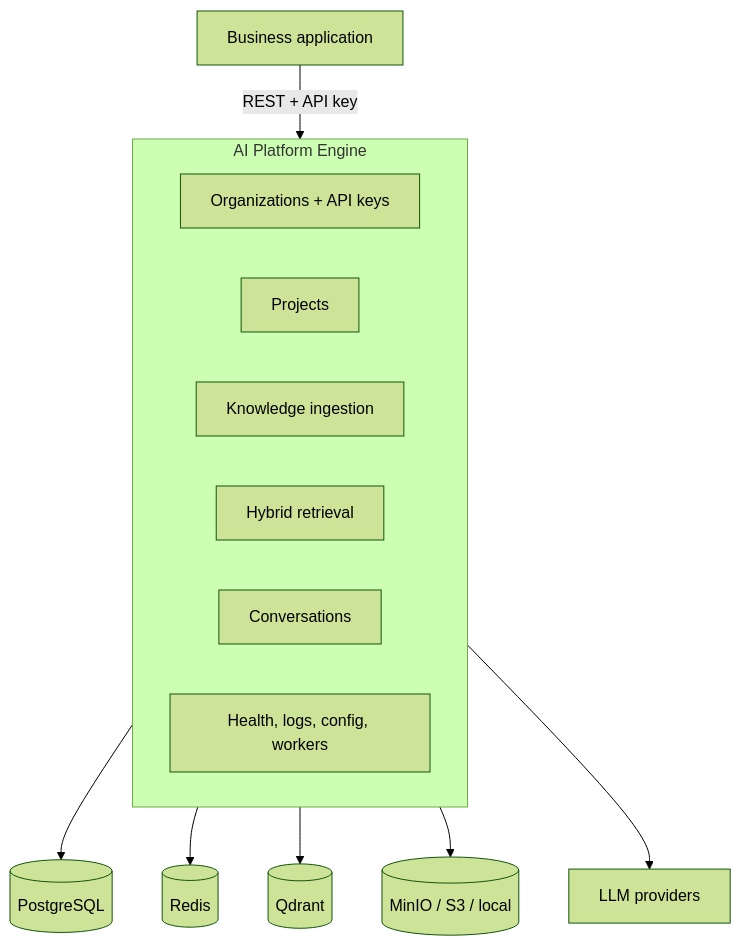
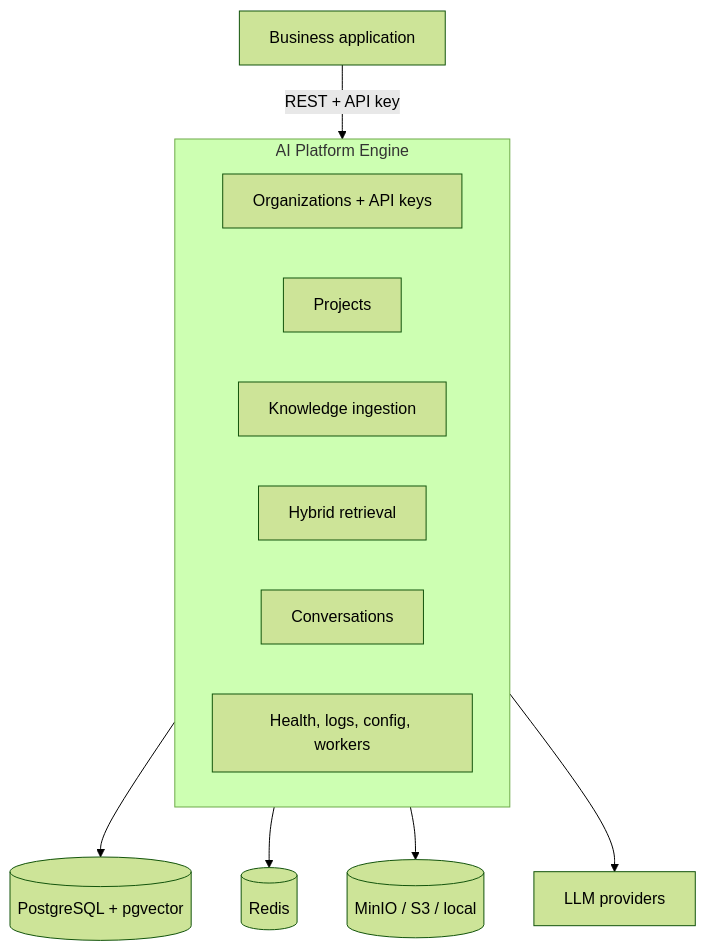
One commit to Jrahimin/rag-builder changed the first of 2 diagrams in docs/Platform-at-a-glance.md. Above: the diagram before and after it, drawn with Mermaid (forest theme). The commit also changed other lines of this file and 87 other files, not shown here.

Commit message:
migrated from qdrant to pgvector

````diff
--- a/docs/Platform-at-a-glance.md
+++ b/docs/Platform-at-a-glance.md
@@ -65,19 +65,18 @@
 ```mermaid
 flowchart TB
     App[Business application] -->|REST + API key| APE[AI Platform Engine]
 
     subgraph APE[AI Platform Engine]
         Auth[Organizations + API keys]
         Projects[Projects]
         Knowledge[Knowledge ingestion]
         Retrieval[Hybrid retrieval]
         Chat[Conversations]
         Ops[Health, logs, config, workers]
     end
 
-    APE --> PG[(PostgreSQL)]
+    APE --> PG[(PostgreSQL + pgvector)]
     APE --> Redis[(Redis)]
-    APE --> Qdrant[(Qdrant)]
     APE --> Storage[(MinIO / S3 / local)]
     APE --> LLM[LLM providers]
 ```
````
